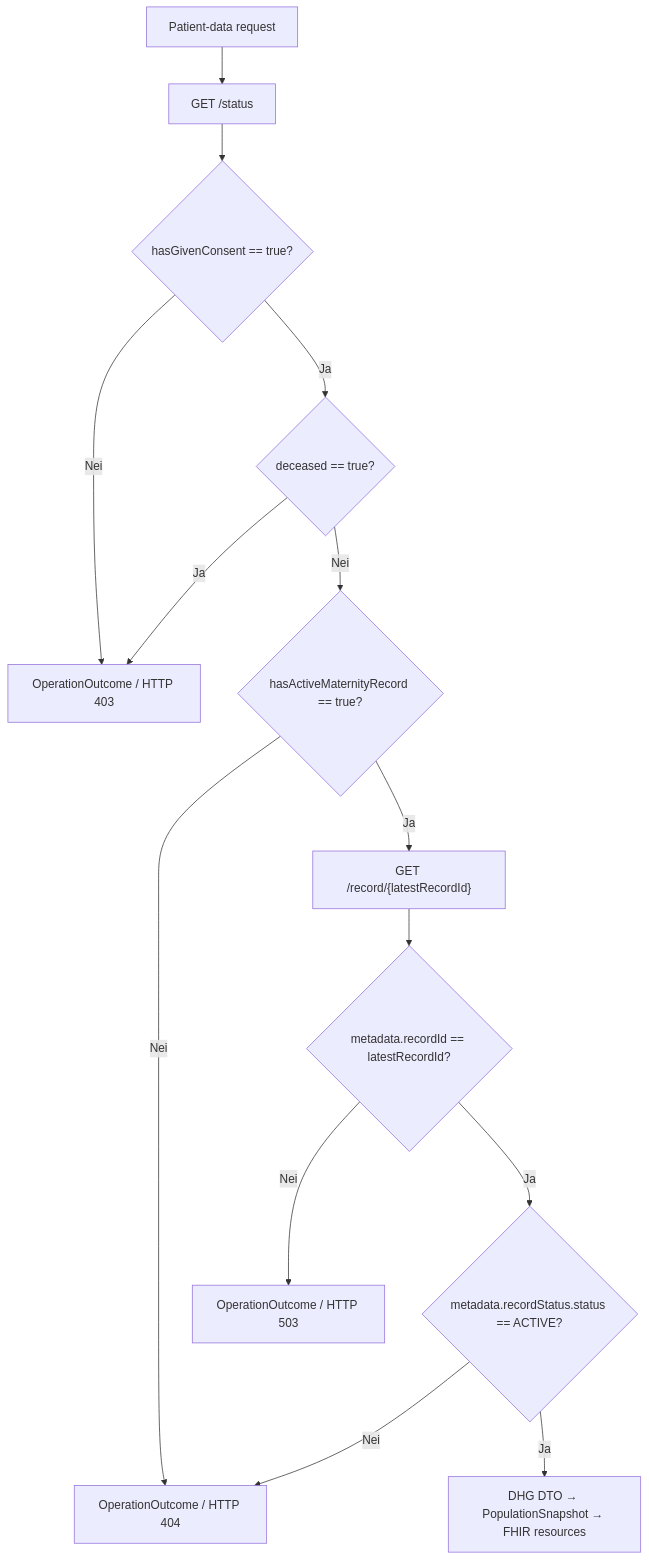
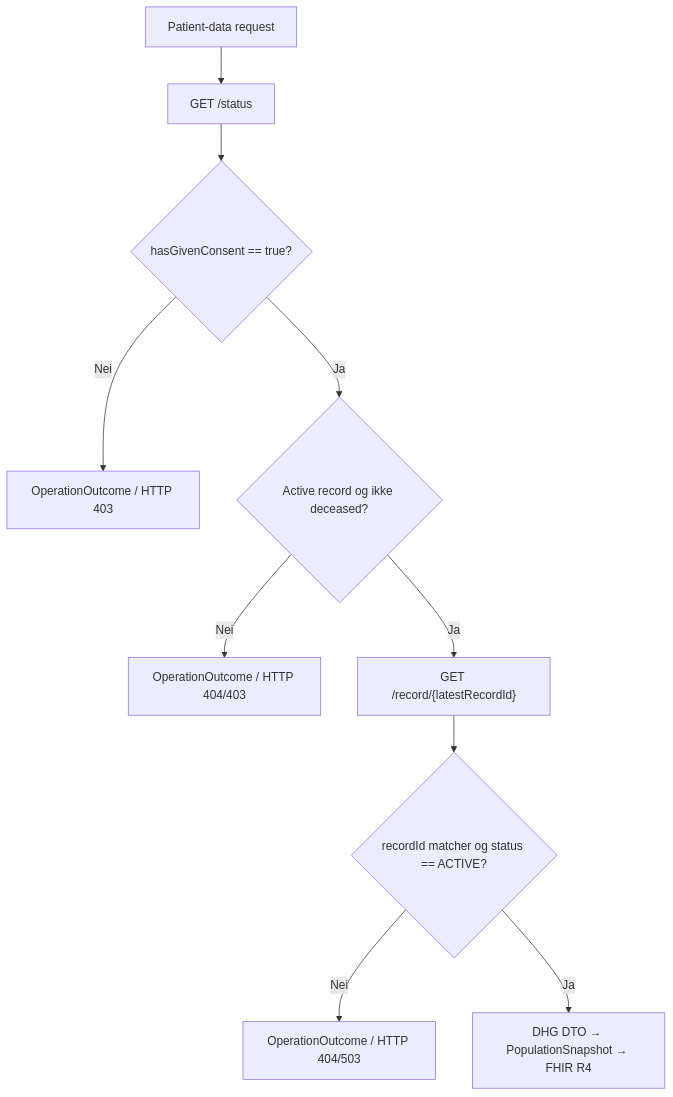
One commit to helgaarm/FhirGravidAPI changed the first of 2 diagrams in docs/dhg-fhir-resource-mapping.md. Above: the diagram before and after it, drawn with Mermaid. The commit also changed other lines of this file and 24 other files, not shown here.

Commit message:
feat: harden DHG FHIR mapping and terminology

````diff
--- a/docs/dhg-fhir-resource-mapping.md
+++ b/docs/dhg-fhir-resource-mapping.md
@@ -27,16 +21,12 @@
 ```mermaid
 flowchart TD
     Request["Patient-data request"] --> Status["GET /status"]
     Status --> Consent{"hasGivenConsent == true?"}
     Consent -->|"Nei"| Forbidden["OperationOutcome / HTTP 403"]
-    Consent -->|"Ja"| Deceased{"deceased == true?"}
-    Deceased -->|"Ja"| Forbidden
-    Deceased -->|"Nei"| Active{"hasActiveMaternityRecord == true?"}
-    Active -->|"Nei"| NotFound["OperationOutcome / HTTP 404"]
+    Consent -->|"Ja"| Active{"Active record og ikke deceased?"}
+    Active -->|"Nei"| NotFound["OperationOutcome / HTTP 404/403"]
     Active -->|"Ja"| Record["GET /record/{latestRecordId}"]
-    Record --> IdMatch{"metadata.recordId == latestRecordId?"}
-    IdMatch -->|"Nei"| Unavailable["OperationOutcome / HTTP 503"]
-    IdMatch -->|"Ja"| RecordActive{"metadata.recordStatus.status == ACTIVE?"}
-    RecordActive -->|"Nei"| NotFound
-    RecordActive -->|"Ja"| Map["DHG DTO → PopulationSnapshot → FHIR resources"]
+    Record --> Validate{"recordId matcher og status == ACTIVE?"}
+    Validate -->|"Nei"| Rejected["OperationOutcome / HTTP 404/503"]
+    Validate -->|"Ja"| Map["DHG DTO → PopulationSnapshot → FHIR R4"]
 ```
````
